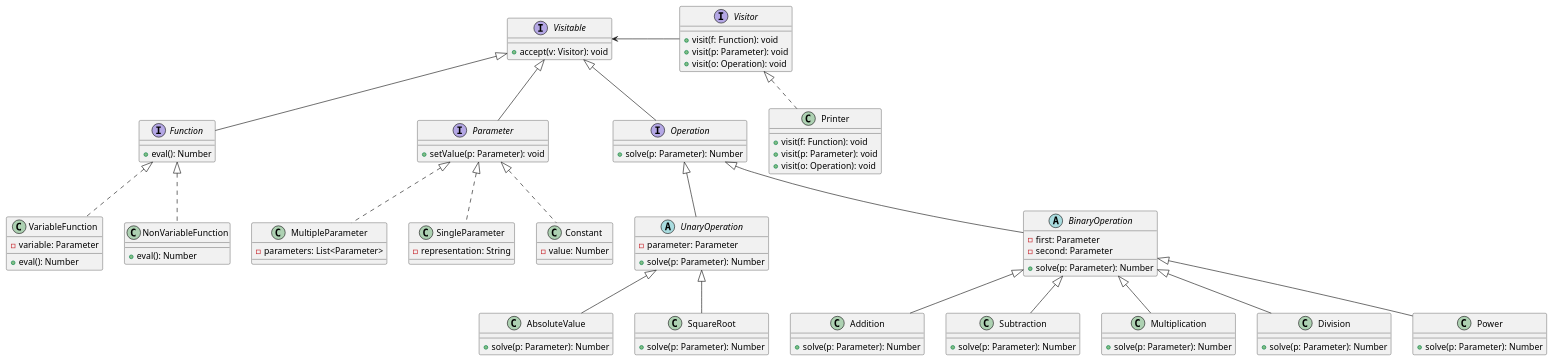
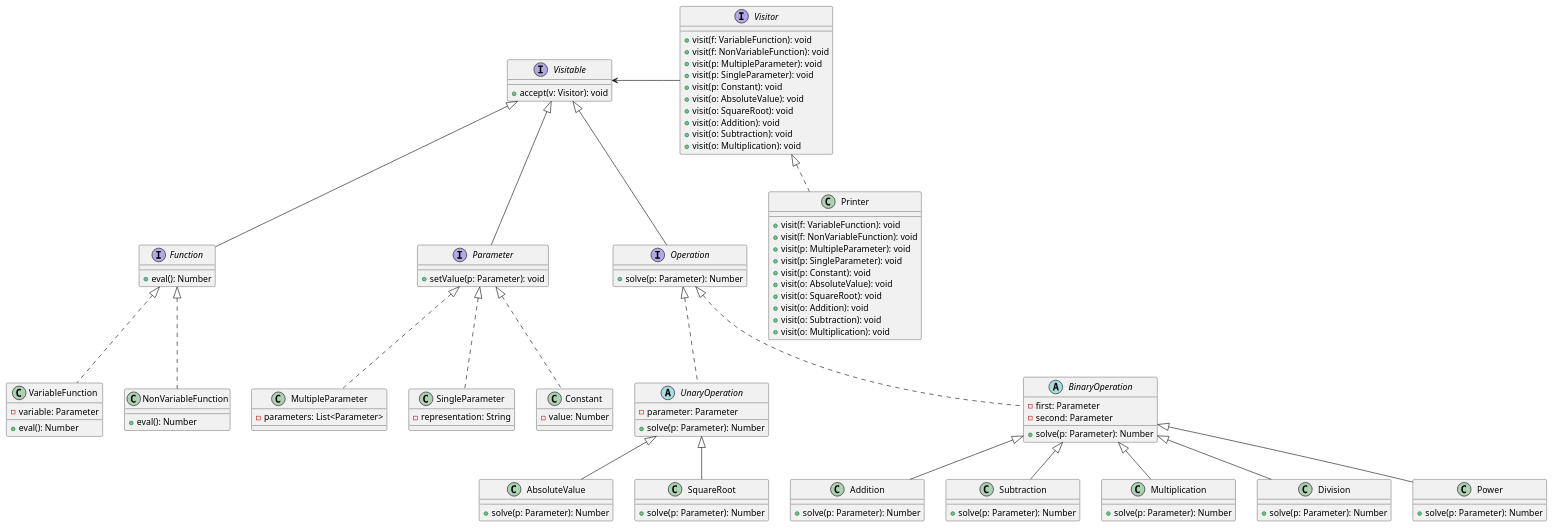
Before and after one commit to austral-ingsis-classroom/formula-FranCalveyra: the diagram in diagrams/Functions.puml, drawn with PlantUML. The commit also changed 21 other files, not shown here.

```diff
--- a/diagrams/Functions.puml
+++ b/diagrams/Functions.puml
@@ -1,97 +1,111 @@
 @startuml
 
 interface Visitable{
 +accept(v: Visitor): void
 }
 interface Visitor{
-+visit(f: Function): void
-+visit(p: Parameter): void
-+visit(o: Operation): void
++visit(f: VariableFunction): void
++visit(f: NonVariableFunction): void
++visit(p: MultipleParameter): void
++visit(p: SingleParameter): void
++visit(p: Constant): void
++visit(o: AbsoluteValue): void
++visit(o: SquareRoot): void
++visit(o: Addition): void
++visit(o: Subtraction): void
++visit(o: Multiplication): void
 }
 
 'TODO: Determine if visiting bottom classes is needed
 
 class Printer implements Visitor{
-+visit(f: Function): void
-+visit(p: Parameter): void
-+visit(o: Operation): void
++visit(f: VariableFunction): void
++visit(f: NonVariableFunction): void
++visit(p: MultipleParameter): void
++visit(p: SingleParameter): void
++visit(p: Constant): void
++visit(o: AbsoluteValue): void
++visit(o: SquareRoot): void
++visit(o: Addition): void
++visit(o: Subtraction): void
++visit(o: Multiplication): void
 }
 
 
 interface Function extends Visitable{
 +eval(): Number
 }
 class VariableFunction implements Function{
 -variable: Parameter
 +eval(): Number
 }
 class NonVariableFunction implements Function{
 +eval(): Number
 }
 
 interface Parameter extends Visitable{
 +setValue(p: Parameter): void
 }
 
 class MultipleParameter implements Parameter{
 -parameters: List<Parameter>
 }
 
 class SingleParameter implements Parameter{
 -representation: String
 }
 
 class Constant implements Parameter{
 -value: Number
 }
 
 interface Operation extends Visitable{
 +solve(p: Parameter): Number
 }
 
-abstract class UnaryOperation extends Operation{
+abstract class UnaryOperation implements Operation{
 -parameter: Parameter
 +solve(p: Parameter): Number
 }
 
-abstract class BinaryOperation extends Operation{
+abstract class BinaryOperation implements Operation{
 -first: Parameter
 -second: Parameter
 +solve(p: Parameter): Number
 }
 
 class Addition extends BinaryOperation{
 +solve(p: Parameter): Number
 }
 class Subtraction extends BinaryOperation{
 +solve(p: Parameter): Number
 }
 class Multiplication extends BinaryOperation{
 +solve(p: Parameter): Number
 }
 class Division extends BinaryOperation{
 +solve(p: Parameter): Number
 }
 class Power extends BinaryOperation{
 +solve(p: Parameter): Number
 }
 
 class AbsoluteValue extends UnaryOperation{
 +solve(p: Parameter): Number
 }
 class SquareRoot extends UnaryOperation{
 +solve(p: Parameter): Number
 }
 
 
 
 
 
 ' Functions receive ONE WORD OR LETTER,
 ' then they are single-variable
 
 ' Extras
 Visitable <-Visitor
 
 
 @enduml
```
